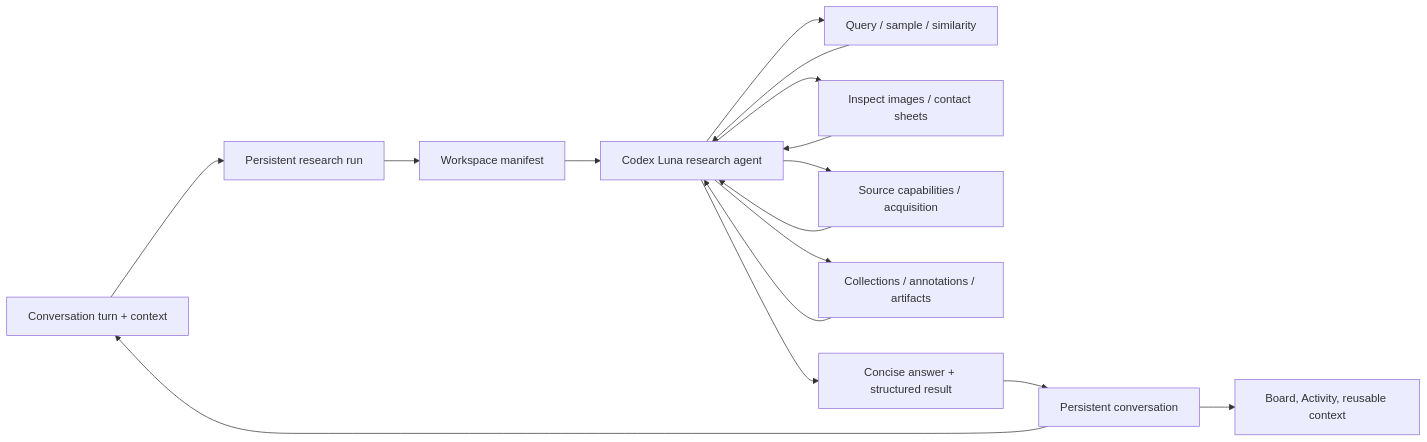
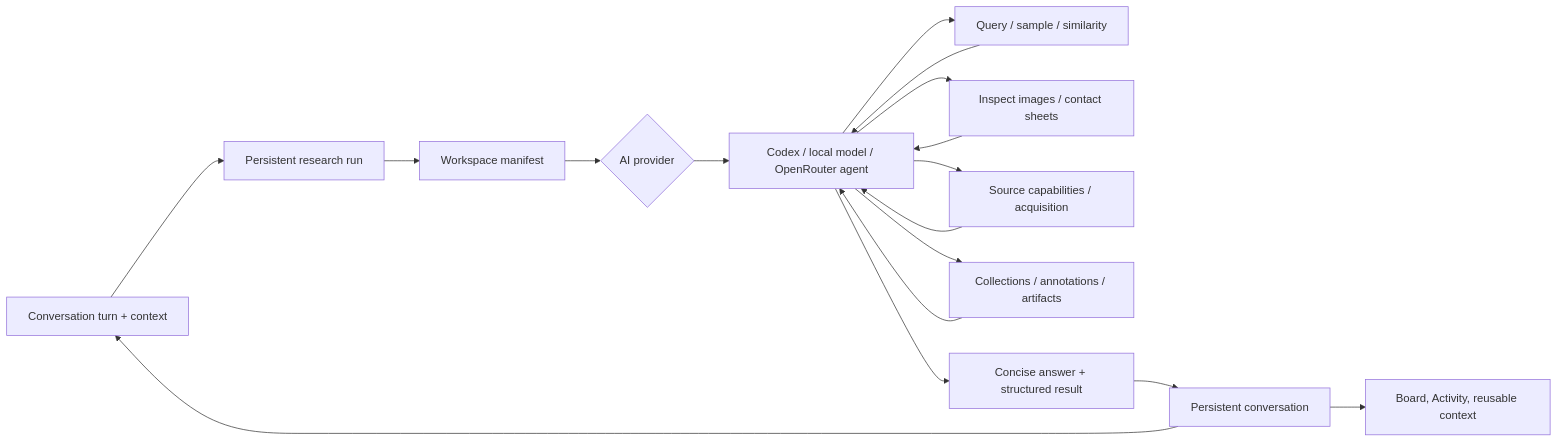
Before and after one commit to neuchatech/mosaic: the diagram in docs/AGENTIC_RESEARCH.md, drawn with Mermaid. The commit also changed other lines of this file and 13 other files, not shown here.

````diff
--- a/docs/AGENTIC_RESEARCH.md
+++ b/docs/AGENTIC_RESEARCH.md
@@ -34,18 +34,19 @@
 ```mermaid
 flowchart LR
   U["Conversation turn + context"] --> R["Persistent research run"]
   R --> M["Workspace manifest"]
-  M --> A["Codex Luna research agent"]
+  M --> P{"AI provider"}
+  P --> A["Codex / local model / OpenRouter agent"]
   A --> Q["Query / sample / similarity"]
   A --> V["Inspect images / contact sheets"]
   A --> S["Source capabilities / acquisition"]
   A --> C["Collections / annotations / artifacts"]
   Q --> A
   V --> A
   S --> A
   C --> A
   A --> O["Concise answer + structured result"]
   O --> T["Persistent conversation"]
   T --> B["Board, Activity, reusable context"]
   T --> U
 ```
````
